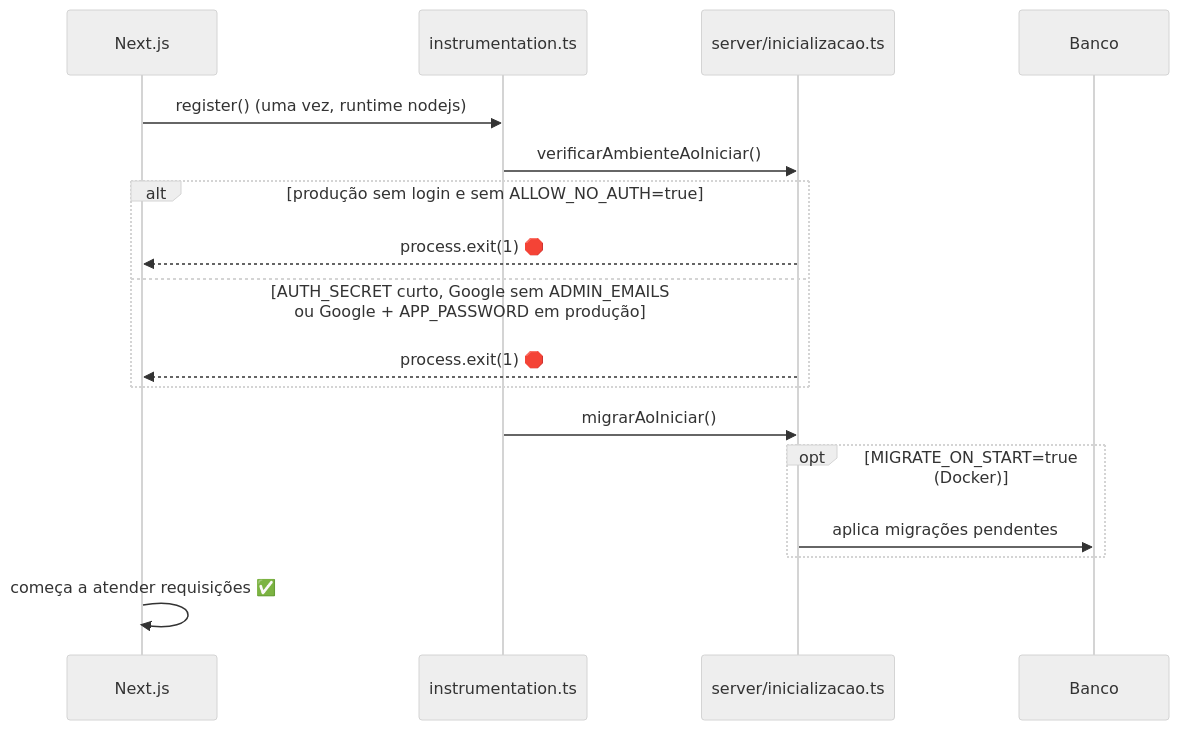
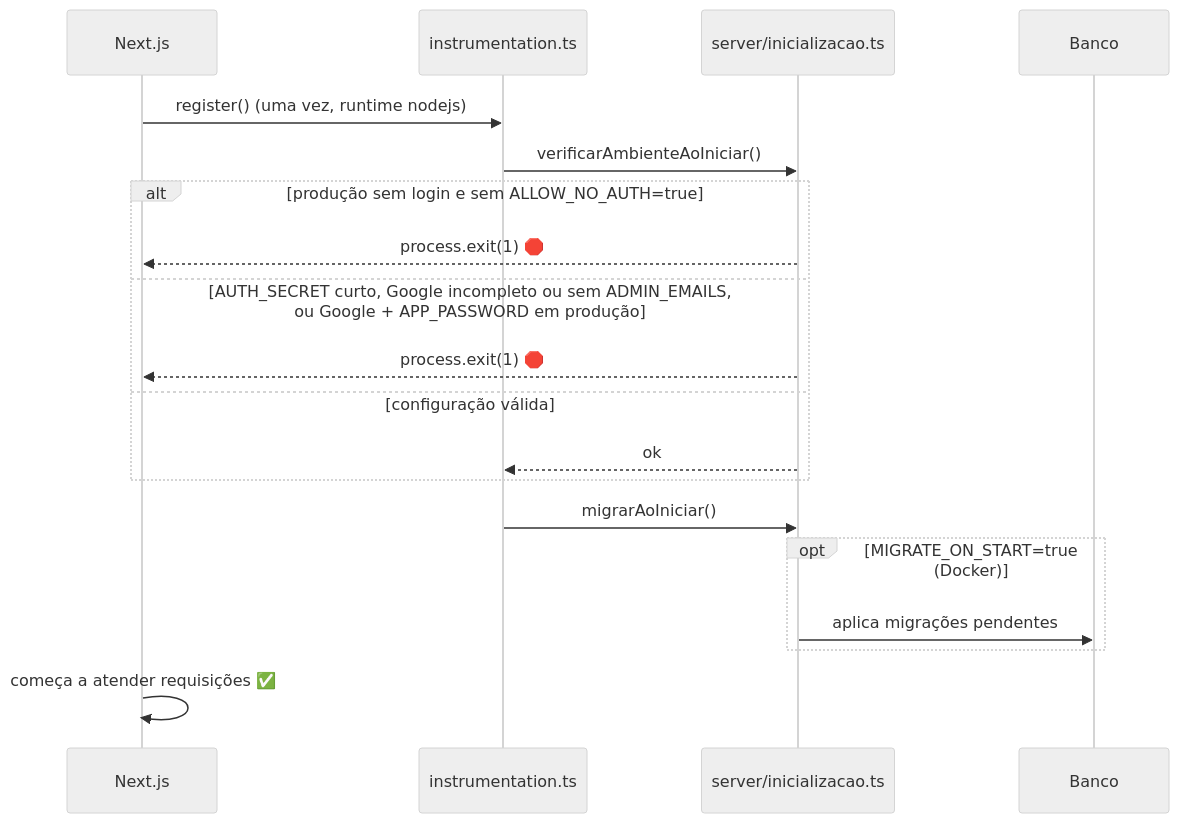
Before and after one commit to rkenjiak/concurso: diagram 18 of 24 in docs/GUIA-ARQUITETURA.md, drawn with Mermaid (neutral theme). The commit also changed other lines of this file and 4 other files, not shown here.

````diff
--- a/docs/GUIA-ARQUITETURA.md
+++ b/docs/GUIA-ARQUITETURA.md
@@ -633,20 +643,22 @@
 ```mermaid
 sequenceDiagram
   participant N as Next.js
   participant I as instrumentation.ts
   participant Ini as server/inicializacao.ts
   participant DB as Banco
 
   N->>I: register()  (uma vez, runtime nodejs)
   I->>Ini: verificarAmbienteAoIniciar()
   alt produção sem login e sem ALLOW_NO_AUTH=true
     Ini-->>N: process.exit(1) 🛑
-  else AUTH_SECRET curto, Google sem ADMIN_EMAILS<br/>ou Google + APP_PASSWORD em produção
+  else AUTH_SECRET curto, Google incompleto ou sem ADMIN_EMAILS,<br/>ou Google + APP_PASSWORD em produção
     Ini-->>N: process.exit(1) 🛑
+  else configuração válida
+    Ini-->>I: ok
   end
   I->>Ini: migrarAoIniciar()
   opt MIGRATE_ON_START=true (Docker)
     Ini->>DB: aplica migrações pendentes
   end
   N->>N: começa a atender requisições ✅
 ```
````
